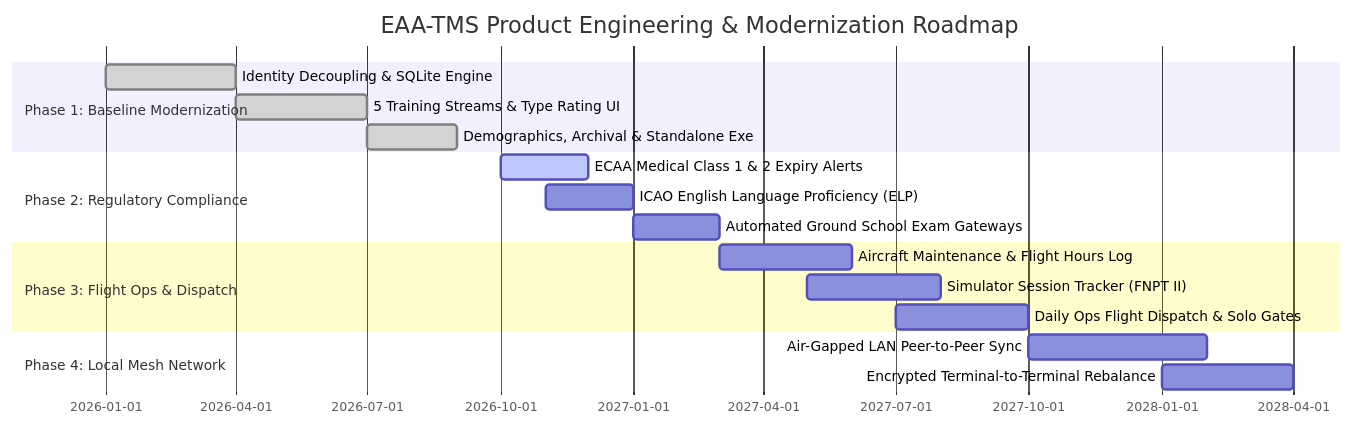
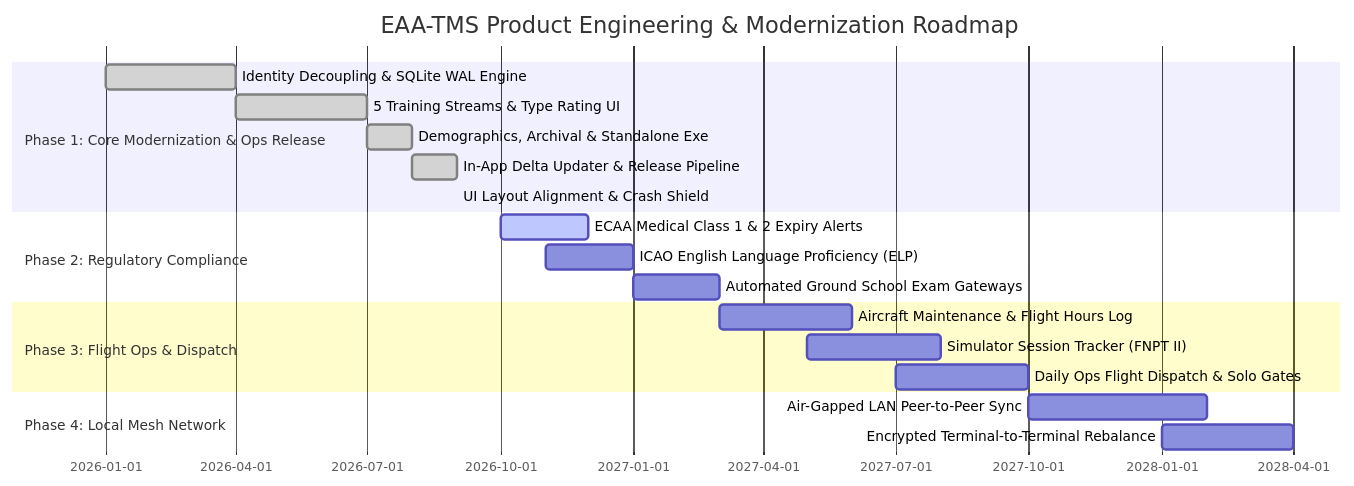
Before and after one commit to michaelmagdy15/EAA-TrainingManager: the diagram in MASTER.md, drawn with Mermaid. The commit also changed other lines of this file and 1 other file, not shown here.

Commit message:
docs: update README.md and MASTER.md with v2.2.4 features, delta in-app updater, CI/CD release pipeline, and 15 test suites

````diff
--- a/MASTER.md
+++ b/MASTER.md
@@ -120,20 +145,22 @@
 ```mermaid
 gantt
     title EAA-TMS Product Engineering & Modernization Roadmap
     dateFormat  YYYY-MM
-    section Phase 1: Baseline Modernization
-    Identity Decoupling & SQLite Engine       :done, p1_1, 2026-01, 2026-04
+    section Phase 1: Core Modernization & Ops Release
+    Identity Decoupling & SQLite WAL Engine   :done, p1_1, 2026-01, 2026-04
     5 Training Streams & Type Rating UI       :done, p1_2, 2026-04, 2026-07
-    Demographics, Archival & Standalone Exe   :done, p1_3, 2026-07, 2026-09
+    Demographics, Archival & Standalone Exe   :done, p1_3, 2026-07, 2026-08
+    In-App Delta Updater & Release Pipeline   :done, p1_4, 2026-08, 2026-09
+    UI Layout Alignment & Crash Shield        :done, p1_5, 2026-09, 2026-09
     section Phase 2: Regulatory Compliance
     ECAA Medical Class 1 & 2 Expiry Alerts    :active, p2_1, 2026-10, 2026-12
     ICAO English Language Proficiency (ELP)   :p2_2, 2026-11, 2027-01
     Automated Ground School Exam Gateways     :p2_3, 2027-01, 2027-03
     section Phase 3: Flight Ops & Dispatch
     Aircraft Maintenance & Flight Hours Log   :p3_1, 2027-03, 2027-06
     Simulator Session Tracker (FNPT II)       :p3_2, 2027-05, 2027-08
     Daily Ops Flight Dispatch & Solo Gates    :p3_3, 2027-07, 2027-10
     section Phase 4: Local Mesh Network
     Air-Gapped LAN Peer-to-Peer Sync          :p4_1, 2027-10, 2028-02
     Encrypted Terminal-to-Terminal Rebalance  :p4_2, 2028-01, 2028-04
 ```
````
